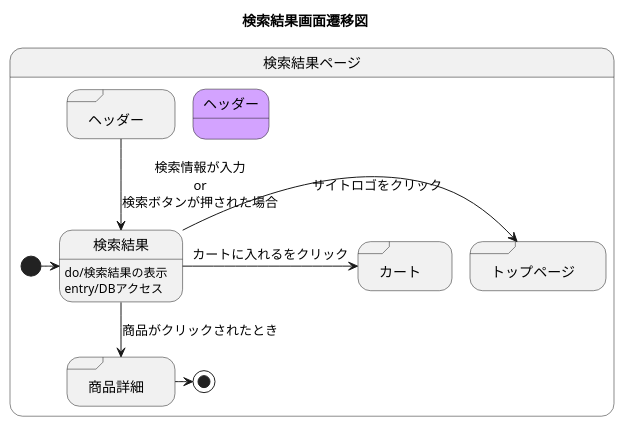
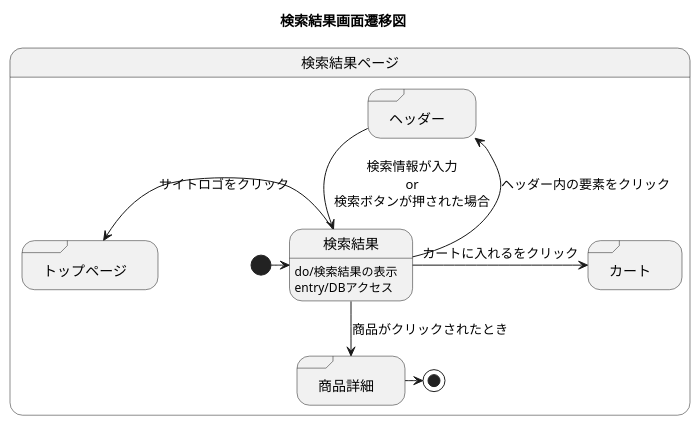
Before and after one commit to akutori/T-D-E: the diagram in 検索結果修正.md, drawn with PlantUML.

Commit message:
追記＆修正

````diff
--- a/検索結果修正.md
+++ b/検索結果修正.md
@@ -1,24 +1,22 @@
 ```uml
 @startuml
 title 検索結果画面遷移図
 state 検索結果ページ{
 
     state 検索結果:do/検索結果の表示
     state 検索結果:entry/DBアクセス
     state "商品詳細" as goodsdetail <<sdlreceive>>
     state "ヘッダー" as headder <<sdlreceive>>
     state "トップページ" as main <<sdlreceive>>
     state "カート" as cart <<sdlreceive>>
 
     [*] -> 検索結果
     検索結果 --> goodsdetail :商品がクリックされたとき
     headder --> 検索結果 :検索情報が入力\nor\n検索ボタンが押された場合
-    検索結果 -> main :サイトロゴをクリック
+    検索結果-up->headder : ヘッダー内の要素をクリック
+    検索結果 -left-> main :サイトロゴをクリック
     検索結果 -> cart : カートに入れるをクリック
     goodsdetail -> [*]
-
-    skinparam stateBorderColor<<headder>> #d3a3ff
-    state ヘッダー #d3a3ff
 }
 @enduml
 ```
````
